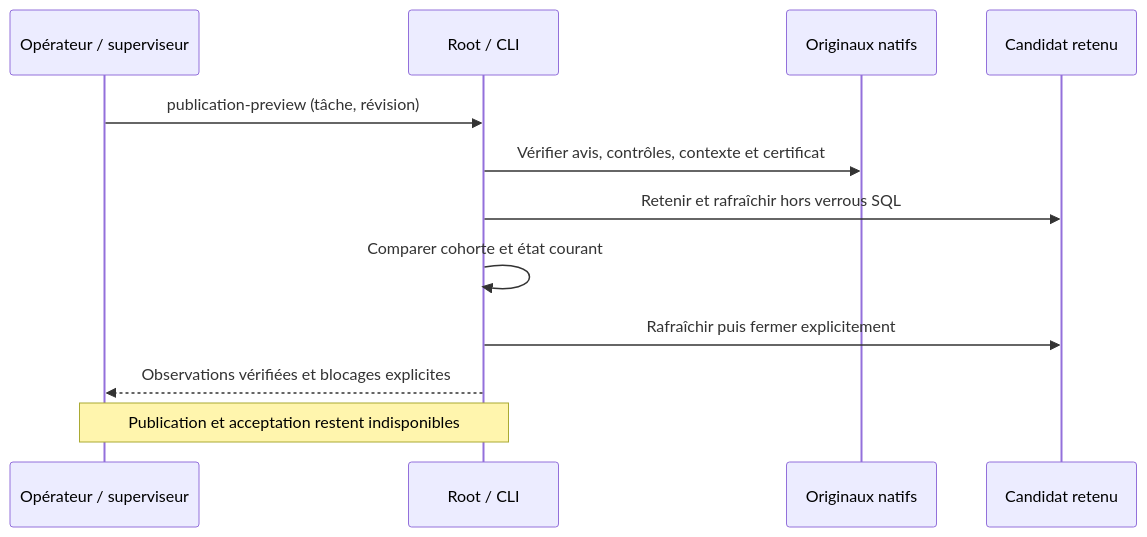
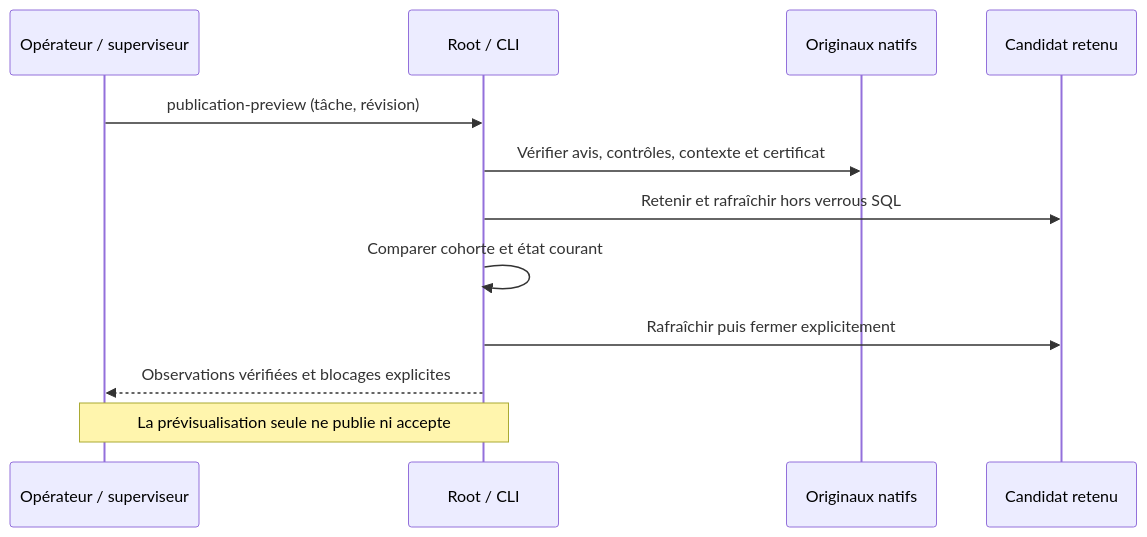
Diagram 16 of 17 in docs/architecture/NATIVE-REVIEWER.md (mo0ogly/swarm), drawn with Mermaid before and after one commit. The commit also changed other lines of this file and 32 other files, not shown here.

````diff
--- a/docs/architecture/NATIVE-REVIEWER.md
+++ b/docs/architecture/NATIVE-REVIEWER.md
@@ -1078,14 +1078,14 @@
 ```mermaid
 sequenceDiagram
     participant U as Opérateur / superviseur
     participant R as Root / CLI
     participant O as Originaux natifs
     participant C as Candidat retenu
     U->>R: publication-preview (tâche, révision)
     R->>O: Vérifier avis, contrôles, contexte et certificat
     R->>C: Retenir et rafraîchir hors verrous SQL
     R->>R: Comparer cohorte et état courant
     R->>C: Rafraîchir puis fermer explicitement
     R-->>U: Observations vérifiées et blocages explicites
-    Note over R,U: Publication et acceptation restent indisponibles
+    Note over R,U: La prévisualisation seule ne publie ni accepte
 ```
````
